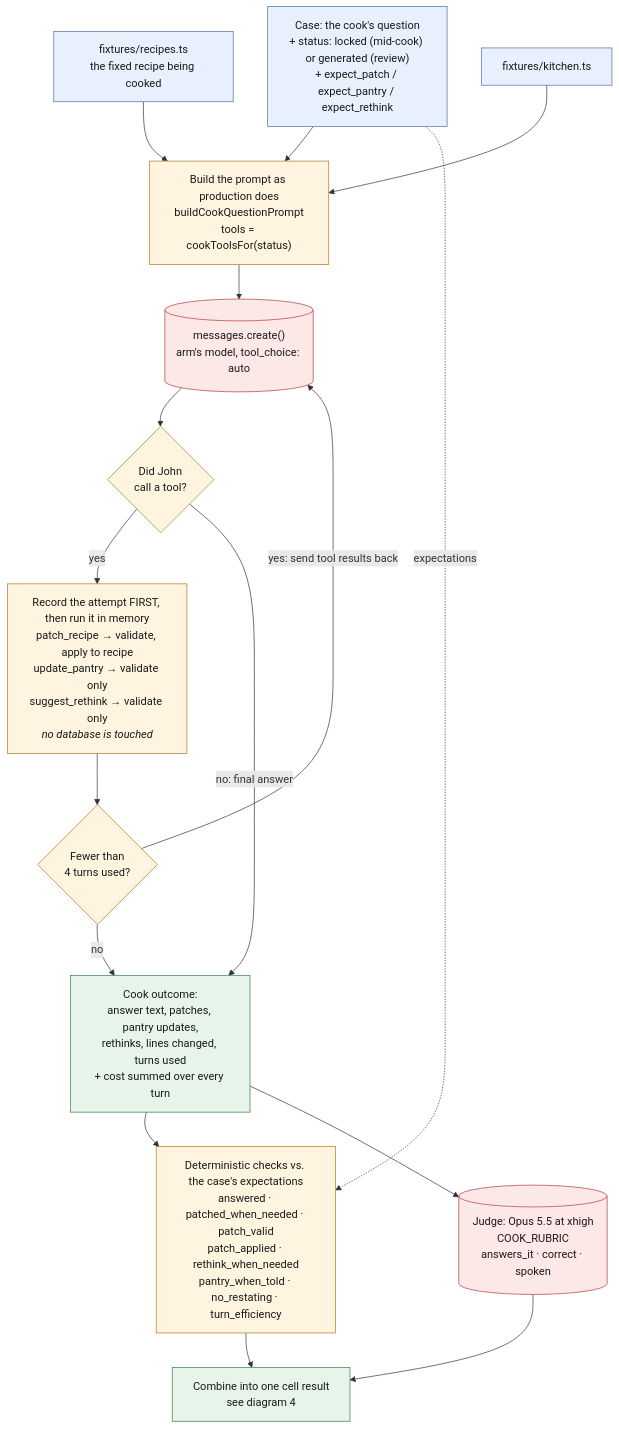
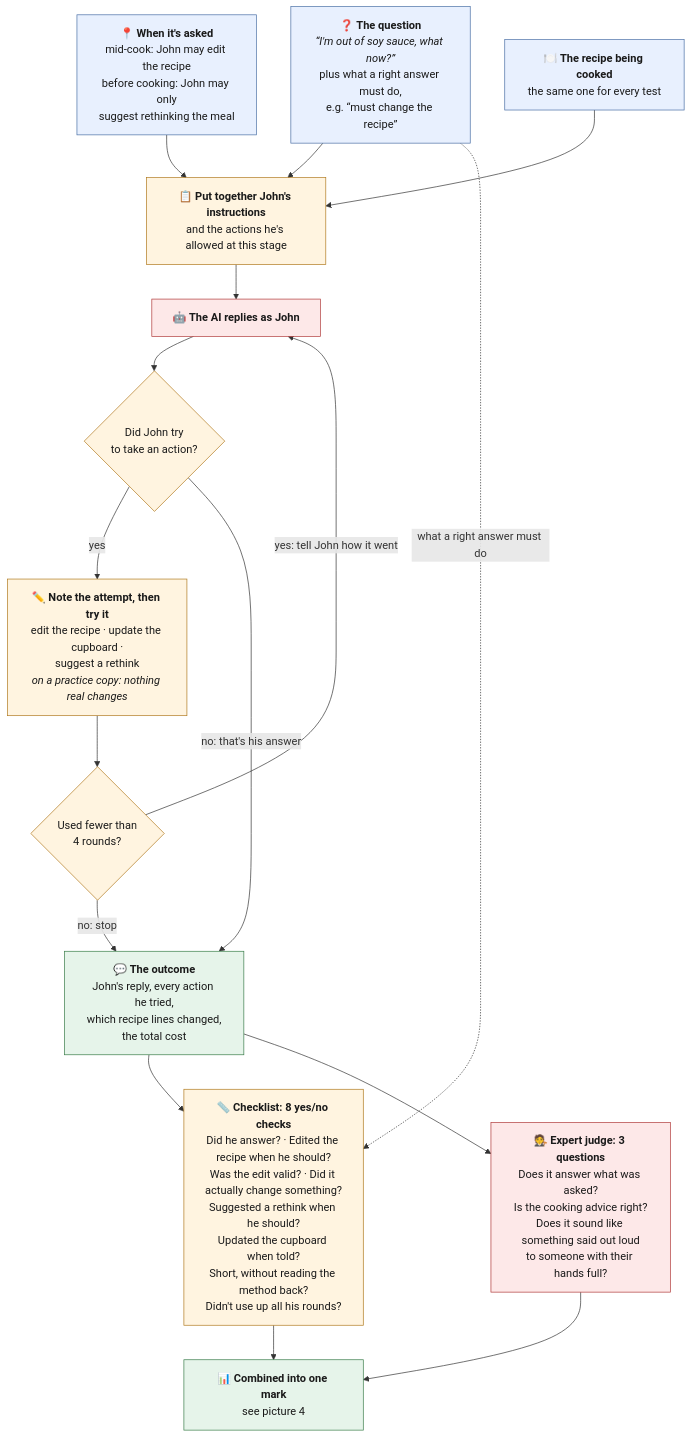
The third of 4 diagrams in evals/DIAGRAM.md (onedeeper/CookingOsEval), drawn with Mermaid before and after one commit. The commit also changed other lines of this file and 1 other file, not shown here.

First line of the commit message:
Make the diagrams readable without a programming background

````diff
--- a/evals/DIAGRAM.md
+++ b/evals/DIAGRAM.md
@@ -121,38 +150,38 @@
 ```mermaid
 flowchart TD
-    Q["Case: the cook's question<br/>+ status: locked (mid-cook) or generated (review)<br/>+ expect_patch / expect_pantry / expect_rethink"]
-    REC["fixtures/recipes.ts<br/>the fixed recipe being cooked"]
-    KIT["fixtures/kitchen.ts"]
-    BUILD["Build the prompt as production does<br/>buildCookQuestionPrompt<br/>tools = cookToolsFor(status)"]
-    CALL[("messages.create()<br/>arm's model, tool_choice: auto")]
-    TOOLS{"Did John<br/>call a tool?"}
-    RUN["Record the attempt FIRST, then run it in memory<br/>patch_recipe → validate, apply to recipe<br/>update_pantry → validate only<br/>suggest_rethink → validate only<br/><i>no database is touched</i>"]
-    LIMIT{"Fewer than<br/>4 turns used?"}
-    OUTCOME["Cook outcome:<br/>answer text, patches, pantry updates,<br/>rethinks, lines changed, turns used<br/>+ cost summed over every turn"]
-    DET["Deterministic checks vs. the case's expectations<br/>answered · patched_when_needed · patch_valid<br/>patch_applied · rethink_when_needed<br/>pantry_when_told · no_restating · turn_efficiency"]
-    JDG[("Judge: Opus 5.5 at xhigh<br/>COOK_RUBRIC<br/>answers_it · correct · spoken")]
-    MERGE["Combine into one cell result<br/>see diagram 4"]
+    Q["❓ <b>The question</b><br/><i>“I'm out of soy sauce, what now?”</i><br/>plus what a right answer must do,<br/>e.g. “must change the recipe”"]
+    STAGE["📍 <b>When it's asked</b><br/>mid-cook: John may edit the recipe<br/>before cooking: John may only<br/>suggest rethinking the meal"]
+    REC["🍽️ <b>The recipe being cooked</b><br/>the same one for every test"]
+    BUILD["📋 <b>Put together John's instructions</b><br/>and the actions he's allowed at this stage"]
+    CALL["🤖 <b>The AI replies as John</b>"]
+    ACT{"Did John try<br/>to take an action?"}
+    RUN["✏️ <b>Note the attempt, then try it</b><br/>edit the recipe · update the cupboard ·<br/>suggest a rethink<br/><i>on a practice copy: nothing real changes</i>"]
+    LIMIT{"Used fewer than<br/>4 rounds?"}
+    OUTCOME["💬 <b>The outcome</b><br/>John's reply, every action he tried,<br/>which recipe lines changed,<br/>the total cost"]
+    DET["📏 <b>Checklist: 8 yes/no checks</b><br/>Did he answer? · Edited the recipe when he should?<br/>Was the edit valid? · Did it actually change something?<br/>Suggested a rethink when he should?<br/>Updated the cupboard when told?<br/>Short, without reading the method back?<br/>Didn't use up all his rounds?"]
+    JDG["🧑‍⚖️ <b>Expert judge: 3 questions</b><br/>Does it answer what was asked?<br/>Is the cooking advice right?<br/>Does it sound like something said out loud<br/>to someone with their hands full?"]
+    MERGE["📊 <b>Combined into one mark</b><br/>see picture 4"]
 
     Q --> BUILD
+    STAGE --> BUILD
     REC --> BUILD
-    KIT --> BUILD
-    BUILD --> CALL --> TOOLS
-    TOOLS -- yes --> RUN --> LIMIT
-    LIMIT -- "yes: send tool results back" --> CALL
-    LIMIT -- no --> OUTCOME
-    TOOLS -- "no: final answer" --> OUTCOME
+    BUILD --> CALL --> ACT
+    ACT -- yes --> RUN --> LIMIT
+    LIMIT -- "yes: tell John how it went" --> CALL
+    LIMIT -- "no: stop" --> OUTCOME
+    ACT -- "no: that's his answer" --> OUTCOME
     OUTCOME --> DET
     OUTCOME --> JDG
-    Q -. "expectations" .-> DET
+    Q -. "what a right answer must do" .-> DET
     DET --> MERGE
     JDG --> MERGE
 
     classDef input fill:#e8f0fe,stroke:#4a6fa5,color:#1a1a1a
     classDef step fill:#fff4e0,stroke:#b07a1f,color:#1a1a1a
     classDef paid fill:#fde8e8,stroke:#b03a3a,color:#1a1a1a
     classDef output fill:#e6f4ea,stroke:#3a7d4a,color:#1a1a1a
-    class Q,REC,KIT input
-    class BUILD,TOOLS,RUN,LIMIT,DET step
+    class Q,STAGE,REC input
+    class BUILD,ACT,RUN,LIMIT,DET step
     class CALL,JDG paid
     class OUTCOME,MERGE output
 ```
````
